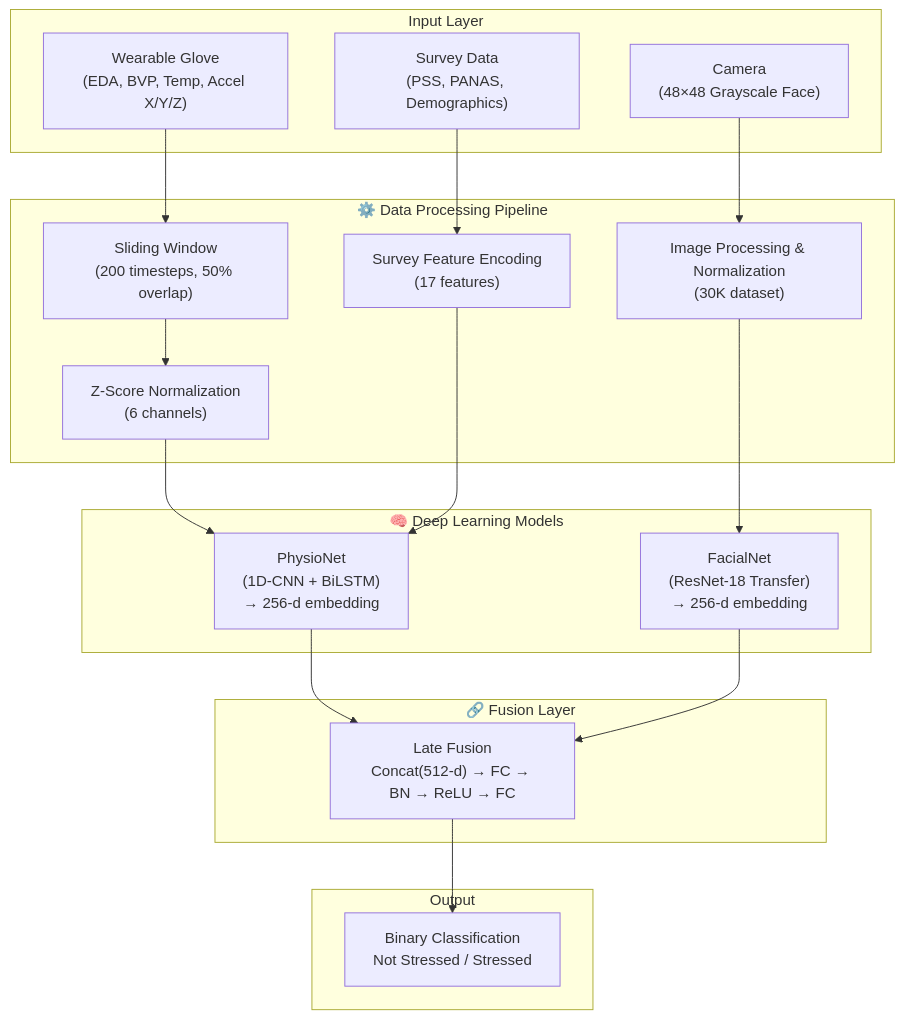
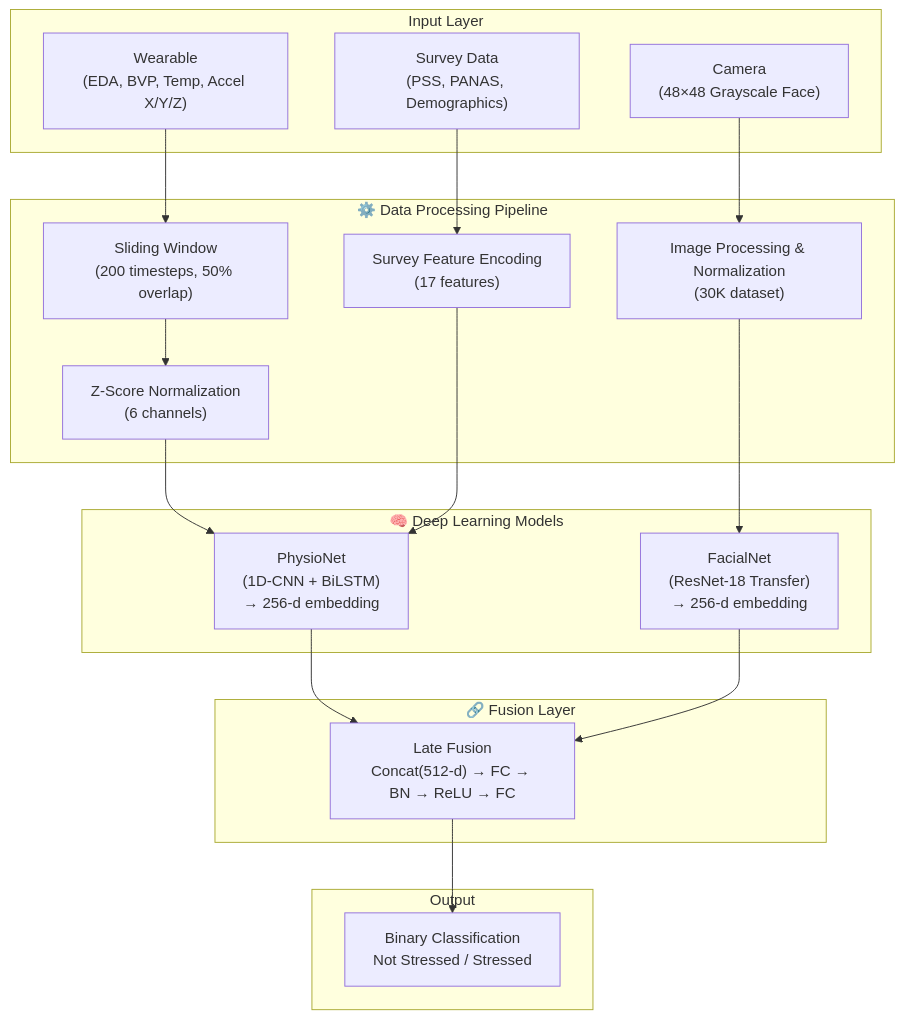
The first of 3 diagrams in README.md (Yuvi-Sharma07/Capstone), drawn with Mermaid before and after one commit. The commit also changed other lines of this file and 2 other files, not shown here.

Commit message:
doc: rename project to Neural Palp and update wearable terminology

````diff
--- a/README.md
+++ b/README.md
@@ -70,35 +70,35 @@
 ```mermaid
 graph TB
     subgraph Input_Layer["Input Layer"]
-        A["Wearable Glove<br/>(EDA, BVP, Temp, Accel X/Y/Z)"]
+        A["Wearable<br/>(EDA, BVP, Temp, Accel X/Y/Z)"]
         B["Camera<br/>(48×48 Grayscale Face)"]
         C["Survey Data<br/>(PSS, PANAS, Demographics)"]
     end
 
     subgraph Data_Pipeline["⚙️ Data Processing Pipeline"]
         D["Sliding Window<br/>(200 timesteps, 50% overlap)"]
         E["Z-Score Normalization<br/>(6 channels)"]
         F["Image Processing & Normalization<br/>(30K dataset)"]
         G["Survey Feature Encoding<br/>(17 features)"]
     end
 
     subgraph Model_Layer["🧠 Deep Learning Models"]
         H["PhysioNet<br/>(1D-CNN + BiLSTM)<br/>→ 256-d embedding"]
         I["FacialNet<br/>(ResNet-18 Transfer)<br/>→ 256-d embedding"]
     end
 
     subgraph Fusion_Layer["🔗 Fusion Layer"]
         J["Late Fusion<br/>Concat(512-d) → FC → BN → ReLU → FC"]
     end
 
     subgraph Output_Layer["Output"]
         K["Binary Classification<br/>Not Stressed / Stressed"]
     end
 
     A --> D --> E --> H
     C --> G --> H
     B --> F --> I
     H --> J
     I --> J
     J --> K
 ```
````
